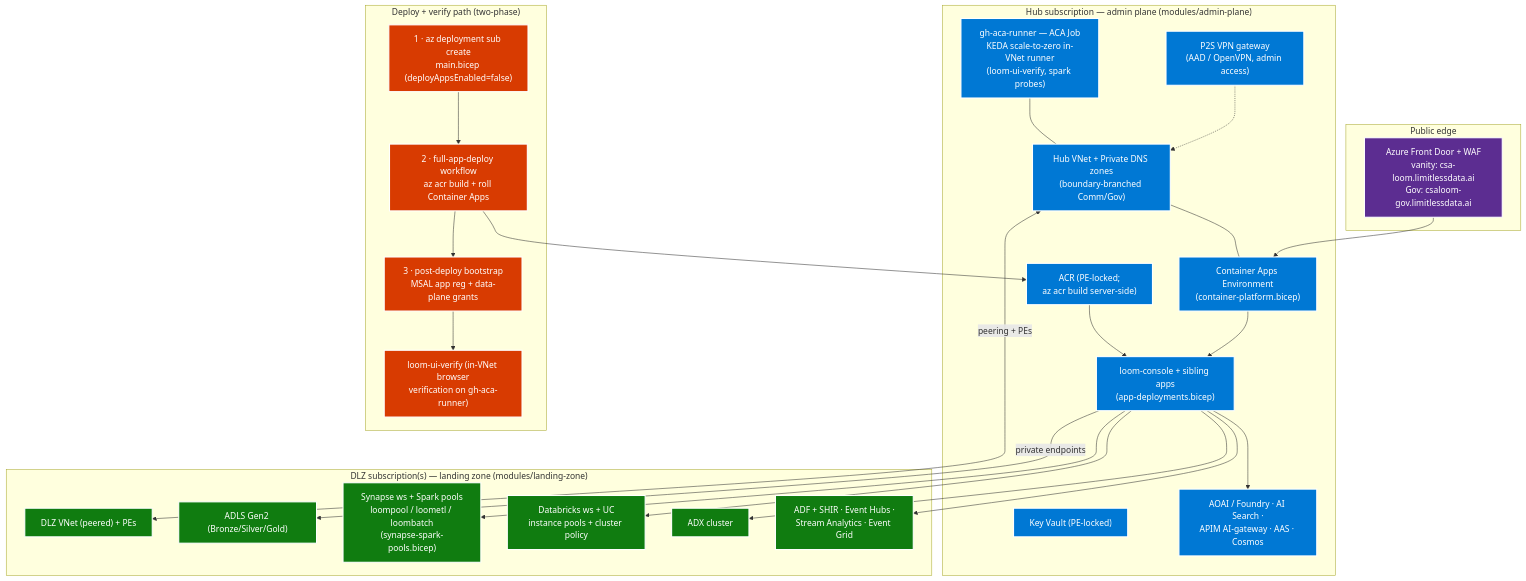
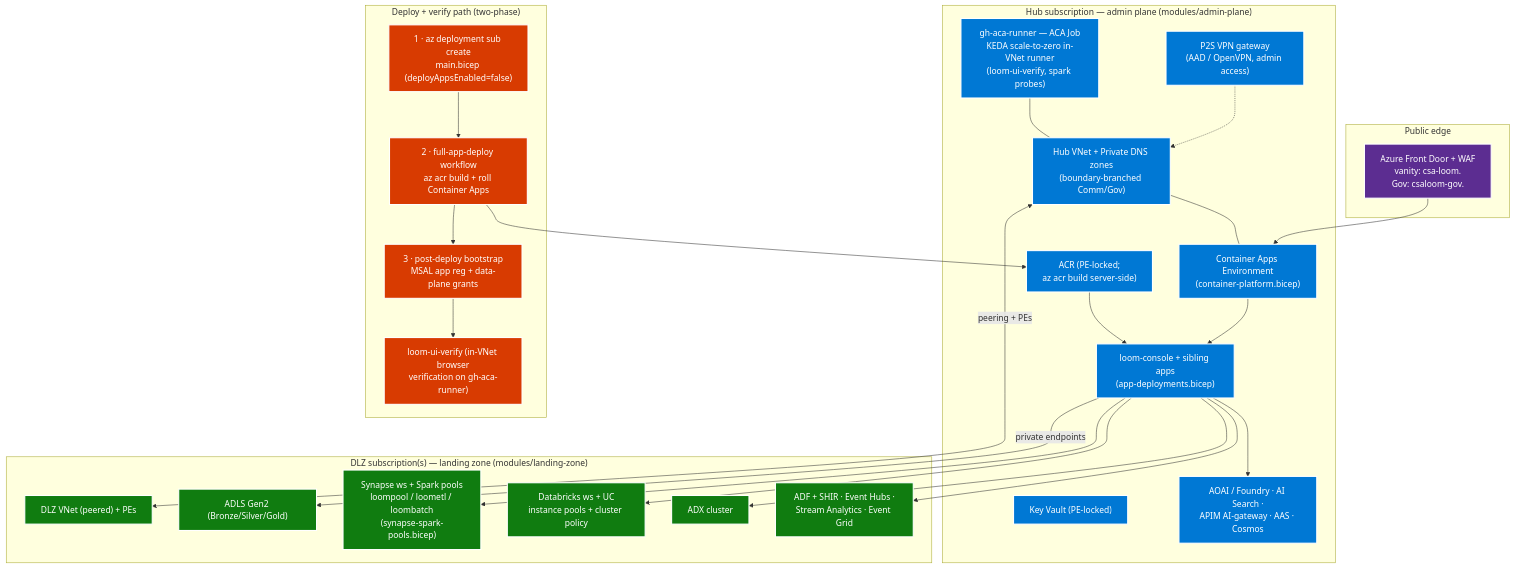
The third of 4 diagrams in docs/fiab/architecture-full-picture.md (fgarofalo56/csa-inabox), drawn with Mermaid before and after one commit. The commit also changed other lines of this file and 1 other file, not shown here.

First line of the commit message:
docs: scrub operator vanity domain from arch diagrams + release doc (docs-hygiene)

````diff
--- a/docs/fiab/architecture-full-picture.md
+++ b/docs/fiab/architecture-full-picture.md
@@ -201,58 +201,58 @@
 ```mermaid
 flowchart TB
     subgraph internet["Public edge"]
-        AFD["Azure Front Door + WAF<br/>vanity: csa-loom.limitlessdata.ai<br/>Gov: csaloom-gov.limitlessdata.ai"]
+        AFD["Azure Front Door + WAF<br/>vanity: csa-loom.<your-domain><br/>Gov: csaloom-gov.<your-domain>"]
     end
 
     subgraph hub["Hub subscription — admin plane (modules/admin-plane)"]
         VNET["Hub VNet + Private DNS zones<br/>(boundary-branched Comm/Gov)"]
         ACAE["Container Apps Environment<br/>(container-platform.bicep)"]
         APPS["loom-console + sibling apps<br/>(app-deployments.bicep)"]
         ACR["ACR (PE-locked;<br/>az acr build server-side)"]
         KV["Key Vault (PE-locked)"]
         RUN["gh-aca-runner — ACA Job<br/>KEDA scale-to-zero in-VNet runner<br/>(loom-ui-verify, spark probes)"]
         VPN["P2S VPN gateway<br/>(AAD / OpenVPN, admin access)"]
         AIH["AOAI / Foundry · AI Search ·<br/>APIM AI-gateway · AAS · Cosmos"]
     end
 
     subgraph dlz["DLZ subscription(s) — landing zone (modules/landing-zone)"]
         DVNET["DLZ VNet (peered) + PEs"]
         LAKE["ADLS Gen2 (Bronze/Silver/Gold)"]
         DSYN["Synapse ws + Spark pools<br/>loompool / loometl / loombatch<br/>(synapse-spark-pools.bicep)"]
         DDBX["Databricks ws + UC<br/>instance pools + cluster policy"]
         DADX["ADX cluster"]
         DINT["ADF + SHIR · Event Hubs ·<br/>Stream Analytics · Event Grid"]
     end
 
     subgraph ops["Deploy + verify path (two-phase)"]
         BICEP["1 · az deployment sub create<br/>main.bicep (deployAppsEnabled=false)"]
         BUILD["2 · full-app-deploy workflow<br/>az acr build + roll Container Apps"]
         BOOT["3 · post-deploy bootstrap<br/>MSAL app reg + data-plane grants"]
         VERIFY["loom-ui-verify (in-VNet browser<br/>verification on gh-aca-runner)"]
     end
 
     AFD --> ACAE
     VNET --- ACAE
     ACAE --> APPS
     APPS --> AIH
     VNET <-->|"peering + PEs"| DVNET
     APPS -->|"private endpoints"| LAKE
     APPS --> DSYN
     APPS --> DDBX
     APPS --> DADX
     APPS --> DINT
     VPN -.-> VNET
     RUN --- VNET
     BICEP --> BUILD --> BOOT --> VERIFY
     BUILD --> ACR
     ACR --> APPS
 
     classDef edgeC fill:#5C2D91,stroke:#fff,color:#fff,stroke-width:2px
     classDef hubC fill:#0078D4,stroke:#fff,color:#fff,stroke-width:2px
     classDef dlzC fill:#107C10,stroke:#fff,color:#fff,stroke-width:2px
     classDef opsC fill:#D83B01,stroke:#fff,color:#fff,stroke-width:2px
     class AFD edgeC
     class VNET,ACAE,APPS,ACR,KV,RUN,VPN,AIH hubC
     class DVNET,LAKE,DSYN,DDBX,DADX,DINT dlzC
     class BICEP,BUILD,BOOT,VERIFY opsC
 ```
````
